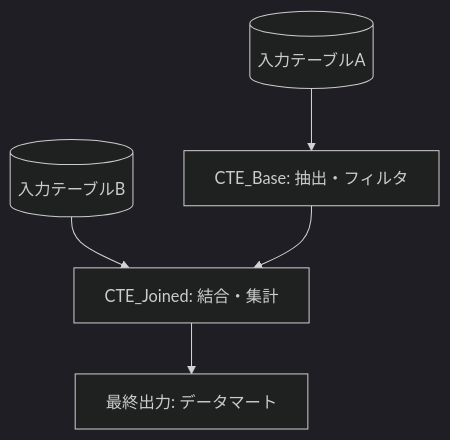
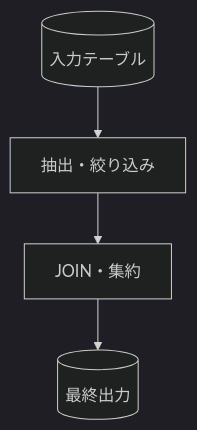
One commit to syrius2000/rwd-mysql-skill-toolkit changed the diagram in .agent/skills/stats-sql-comprehension/assets/output-template-sql.md. Above: the diagram before and after it, drawn with Mermaid (dark theme). The commit also changed other lines of this file and 22 other files, not shown here.

````diff
--- a/.agent/skills/stats-sql-comprehension/assets/output-template-sql.md
+++ b/.agent/skills/stats-sql-comprehension/assets/output-template-sql.md
@@ -13,7 +31,6 @@
 ```mermaid
 flowchart TD
-    Source1[(入力テーブルA)] --> CTE1[CTE_Base: 抽出・フィルタ]
-    Source2[(入力テーブルB)] --> CTE2[CTE_Joined: 結合・集計]
-    CTE1 --> CTE2
-    CTE2 --> Final[最終出力: データマート]
+  A[(入力テーブル)] --> B[抽出・絞り込み]
+  B --> C[JOIN・集約]
+  C --> D[(最終出力)]
 ```
````
